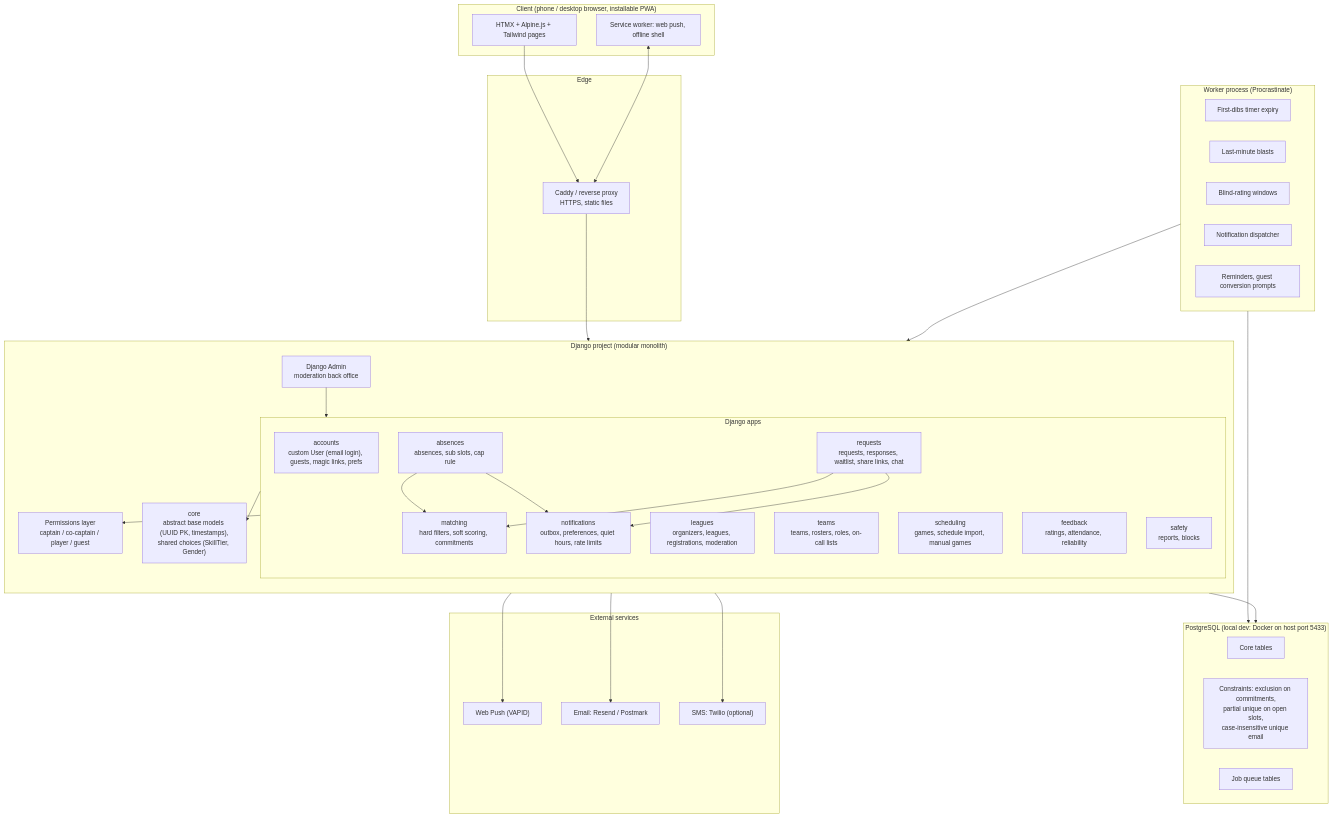
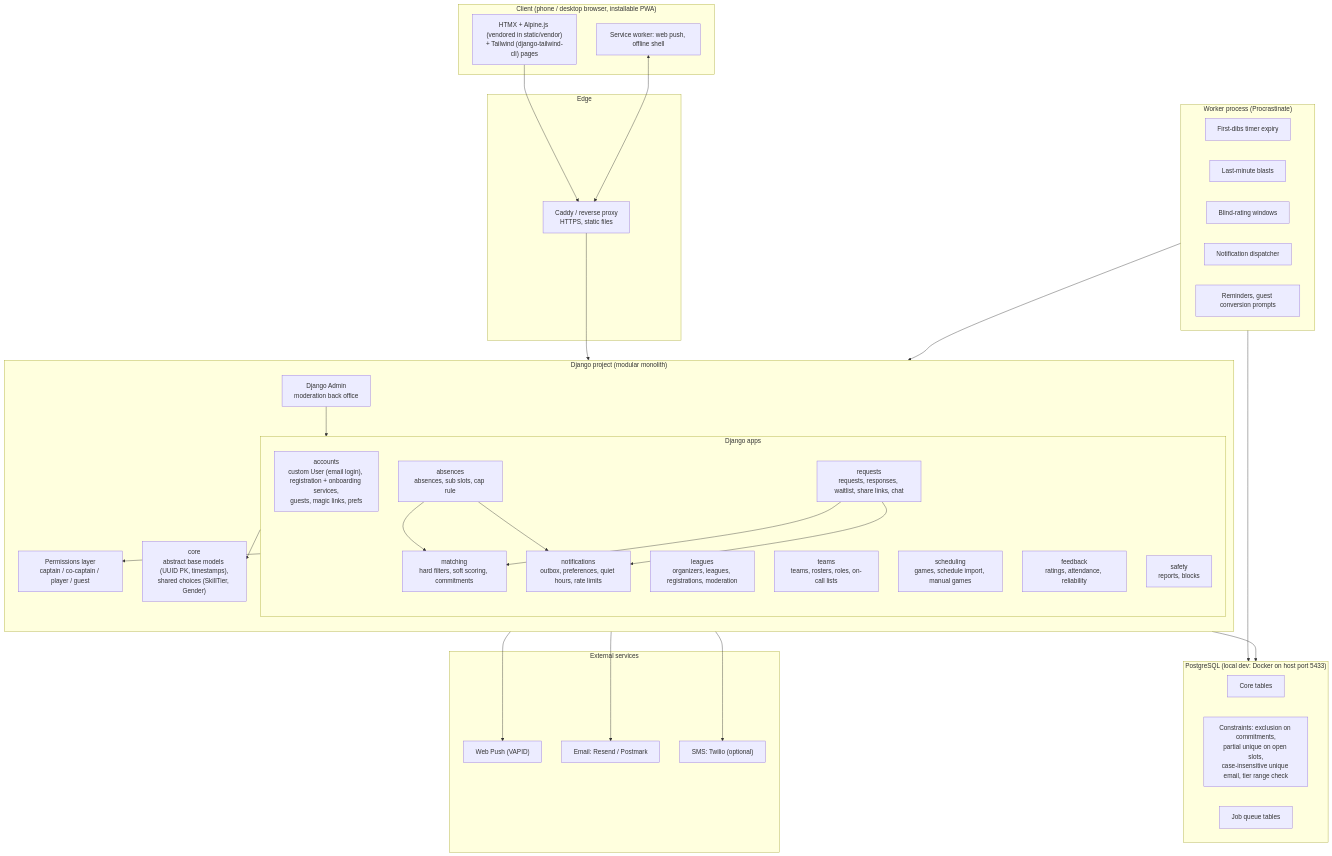
The diagram in architecture.mermaid (EadanL/SubSet), drawn with Mermaid before and after one commit. The commit also changed 8 other files, not shown here.

Commit message:
feat(accounts): complete phase 2a models, services and migrations

```diff
--- a/architecture.mermaid
+++ b/architecture.mermaid
@@ -1,65 +1,65 @@
 flowchart TB
     subgraph Client["Client (phone / desktop browser, installable PWA)"]
-        UI["HTMX + Alpine.js + Tailwind pages"]
+        UI["HTMX + Alpine.js (vendored in static/vendor)<br/>+ Tailwind (django-tailwind-cli) pages"]
         SW["Service worker: web push, offline shell"]
     end
 
     subgraph Edge["Edge"]
         CADDY["Caddy / reverse proxy<br/>HTTPS, static files"]
     end
 
     subgraph Django["Django project (modular monolith)"]
         direction TB
         subgraph Apps["Django apps"]
-            ACC["accounts<br/>custom User (email login), guests, magic links, prefs"]
+            ACC["accounts<br/>custom User (email login), registration + onboarding services,<br/>guests, magic links, prefs"]
             LGE["leagues<br/>organizers, leagues, registrations, moderation"]
             TMS["teams<br/>teams, rosters, roles, on-call lists"]
             SCH["scheduling<br/>games, schedule import, manual games"]
             ABS["absences<br/>absences, sub slots, cap rule"]
             REQ["requests<br/>requests, responses, waitlist, share links, chat"]
             MAT["matching<br/>hard filters, soft scoring, commitments"]
             RAT["feedback<br/>ratings, attendance, reliability"]
             SAF["safety<br/>reports, blocks"]
             NOT["notifications<br/>outbox, preferences, quiet hours, rate limits"]
         end
         ADMIN["Django Admin<br/>moderation back office"]
         POL["Permissions layer<br/>captain / co-captain / player / guest"]
         CORE["core<br/>abstract base models (UUID PK, timestamps),<br/>shared choices (SkillTier, Gender)"]
     end
 
     subgraph Worker["Worker process (Procrastinate)"]
         J1["First-dibs timer expiry"]
         J2["Last-minute blasts"]
         J3["Blind-rating windows"]
         J4["Notification dispatcher"]
         J5["Reminders, guest conversion prompts"]
     end
 
     subgraph DB["PostgreSQL (local dev: Docker on host port 5433)"]
         TBL["Core tables"]
-        CON["Constraints: exclusion on commitments,<br/>partial unique on open slots,<br/>case-insensitive unique email"]
+        CON["Constraints: exclusion on commitments,<br/>partial unique on open slots,<br/>case-insensitive unique email, tier range check"]
         QUEUE["Job queue tables"]
     end
 
     subgraph Ext["External services"]
         PUSH["Web Push (VAPID)"]
         MAIL["Email: Resend / Postmark"]
         SMS["SMS: Twilio (optional)"]
     end
 
     UI --> CADDY
     SW <--> CADDY
     CADDY --> Django
     Apps --> POL
     Apps --> CORE
     ABS --> MAT
     REQ --> MAT
     REQ --> NOT
     ABS --> NOT
     Django --> DB
     Worker --> DB
     Worker --> NOT
     NOT --> PUSH
     NOT --> MAIL
     NOT --> SMS
     ADMIN --> Apps
```
